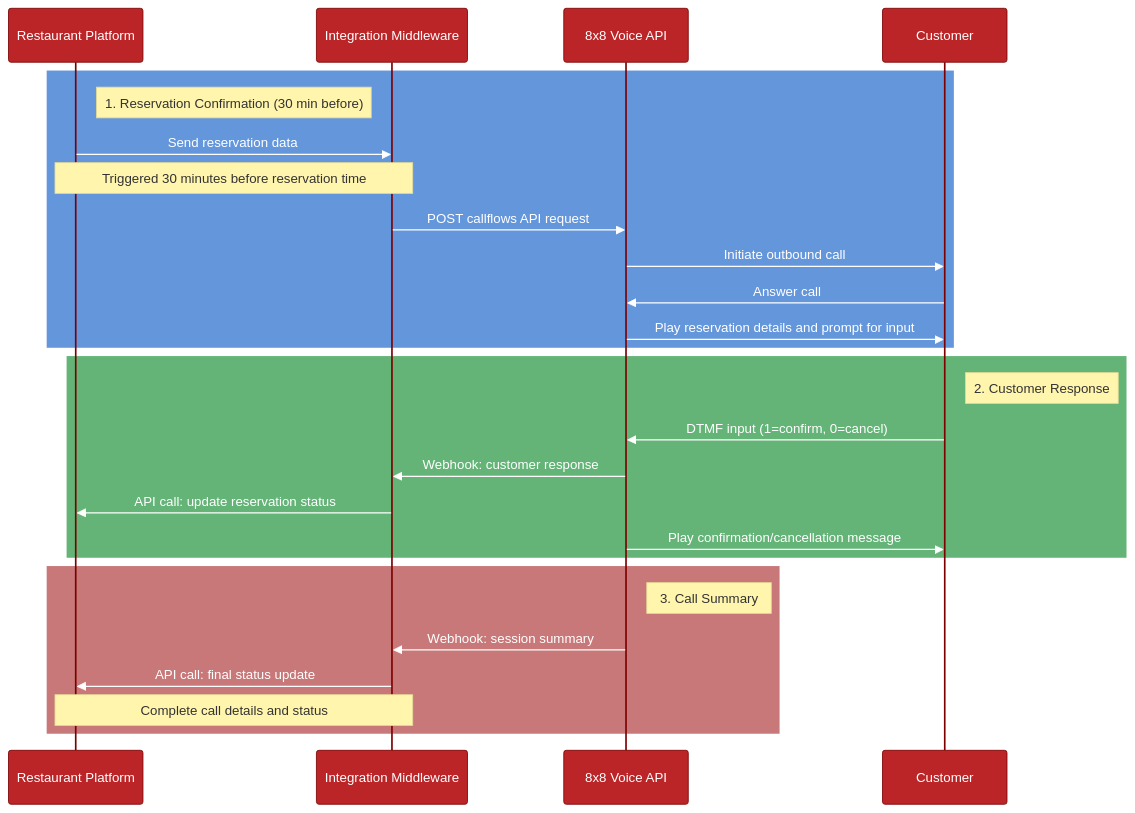
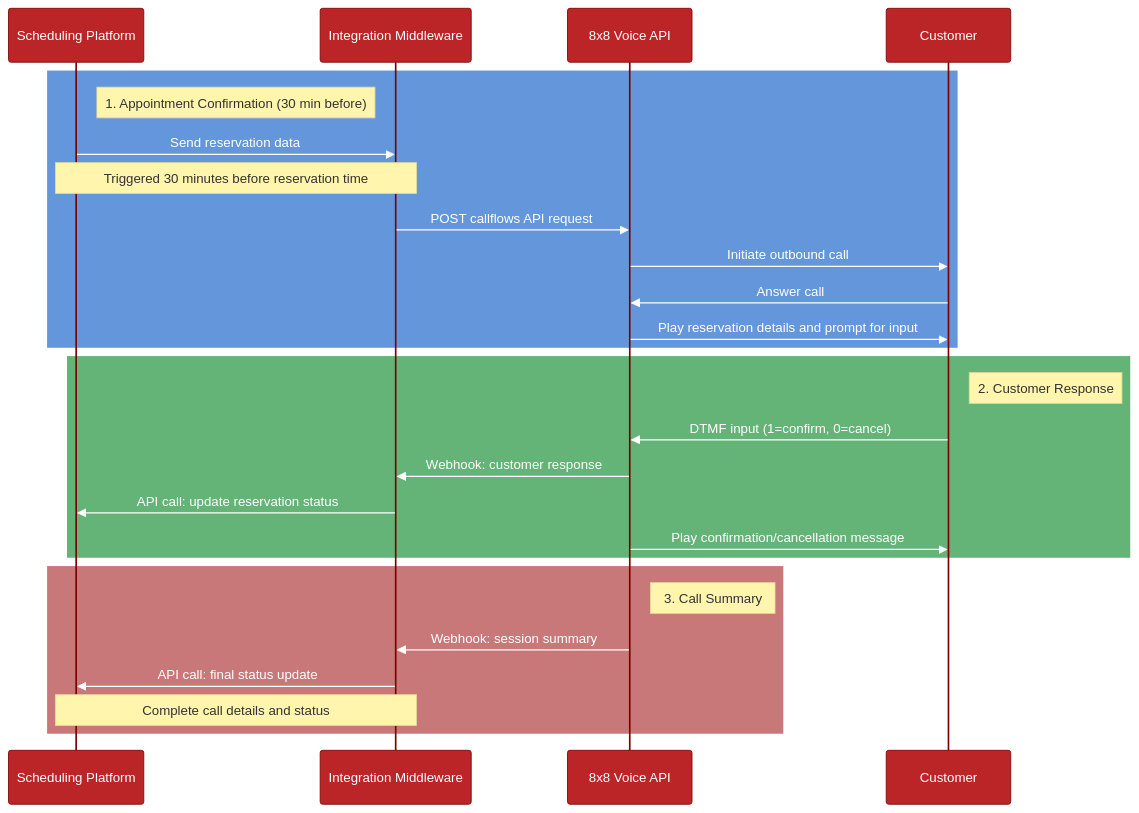
One commit to harrism04/voice_messaging changed the diagram in flow_diagram_simple.md. Above: the diagram before and after it, drawn with Mermaid.

````diff
--- a/flow_diagram_simple.md
+++ b/flow_diagram_simple.md
@@ -3,45 +3,45 @@
 ```mermaid
 %%{init: {
   'theme': 'base', 
   'themeVariables': {
     'primaryColor': '#BB2528',
     'primaryTextColor': '#fff',
     'primaryBorderColor': '#7C0000',
     'lineColor': '#F8B229',
     'secondaryColor': '#006100',
     'tertiaryColor': '#fff',
     'textColor': '#fff',
     'noteTextColor': '#333',
     'noteBkgColor': '#fff5ad',
     'edgeLabelBackground': 'rgba(0,0,0,0.5)',
     'background': 'transparent'
   }
 }}%%
 sequenceDiagram
-    participant Platform as Restaurant Platform
+    participant Platform as Scheduling Platform
     participant Middleware as Integration Middleware
     participant Voice8x8 as 8x8 Voice API
     participant Customer as Customer
     rect rgb(100, 150, 220)
-        note right of Platform: 1. Reservation Confirmation (30 min before)
+        note right of Platform: 1. Appointment Confirmation (30 min before)
         Platform->>Middleware: Send reservation data
         Note over Platform,Middleware: Triggered 30 minutes before reservation time
         Middleware->>Voice8x8: POST callflows API request
         Voice8x8->>Customer: Initiate outbound call
         Customer->>Voice8x8: Answer call
         Voice8x8->>Customer: Play reservation details and prompt for input
     end
     rect rgb(100, 180, 120)
         note right of Customer: 2. Customer Response
         Customer->>Voice8x8: DTMF input (1=confirm, 0=cancel)
         Voice8x8->>Middleware: Webhook: customer response
         Middleware->>Platform: API call: update reservation status
         Voice8x8->>Customer: Play confirmation/cancellation message
     end
     rect rgb(200, 120, 120)
         note right of Voice8x8: 3. Call Summary
         Voice8x8->>Middleware: Webhook: session summary
         Middleware->>Platform: API call: final status update
         Note over Middleware,Platform: Complete call details and status
     end
 ```
````
